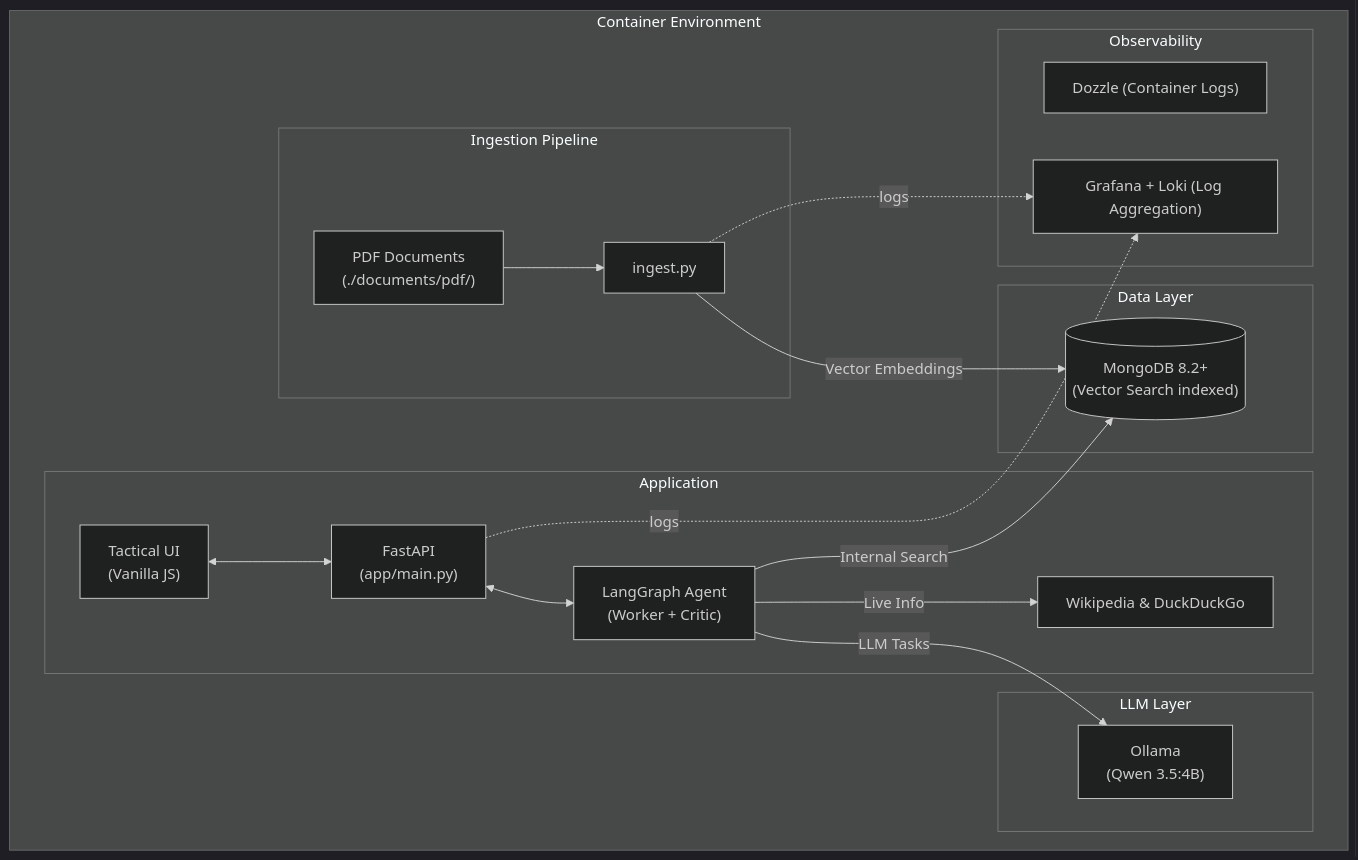
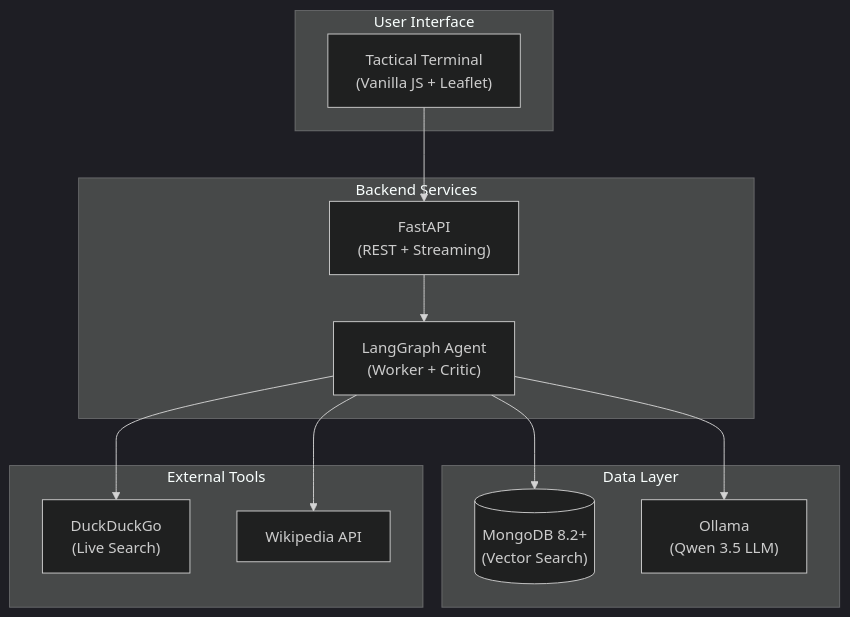
One commit to fbaierl/geo-vision-lab changed the diagram in README.md. Above: the diagram before and after it, drawn with Mermaid. The commit also changed other lines of this file and 2 other files, not shown here.

````diff
--- a/README.md
+++ b/README.md
@@ -44,34 +38,29 @@
 ```mermaid
 %%{init: {'theme': 'dark'}}%%
-graph TD
-    subgraph Docker ["Container Environment"]
-        subgraph Data ["Data Layer"]
-            MDB[("MongoDB 8.2+\n(Vector Search indexed)")]
-        end
-
-        subgraph LLM ["LLM Layer"]
-            OL["Ollama\n(Qwen 3.5:4B)"]
-        end
-
-        subgraph Ingestion ["Ingestion Pipeline"]
-            PDF["PDF Documents\n(./documents/pdf/)"] --> ING["ingest.py"]
-            ING -->|"Vector Embeddings"| MDB
-        end
-
-        subgraph App ["Application"]
-            UI["Tactical UI\n(Vanilla JS)"] <--> API["FastAPI\n(app/main.py)"]
-            API <--> AGENT["LangGraph Agent\n(Worker + Critic)"]
-            AGENT -->|"Internal Search"| MDB
-            AGENT -->|"LLM Tasks"| OL
-            AGENT -->|"Live Info"| WEB["Wikipedia & DuckDuckGo"]
-        end
-
-        subgraph Ops ["Observability"]
-            DZ["Dozzle (Container Logs)"]
-            GF["Grafana + Loki (Log Aggregation)"]
-        end
+graph TB
+    subgraph User["User Interface"]
+        UI["Tactical Terminal<br/>(Vanilla JS + Leaflet)"]
     end
 
-    API -.->|"logs"| GF
-    ING -.->|"logs"| GF
+    subgraph Backend["Backend Services"]
+        API["FastAPI<br/>(REST + Streaming)"]
+        AGENT["LangGraph Agent<br/>(Worker + Critic)"]
+    end
+
+    subgraph Data["Data Layer"]
+        MDB[("MongoDB 8.2+<br/>(Vector Search)")]
+        OL["Ollama<br/>(Qwen 3.5 LLM)"]
+    end
+
+    subgraph Tools["External Tools"]
+        WEB["DuckDuckGo<br/>(Live Search)"]
+        WIKI["Wikipedia API"]
+    end
+
+    UI --> API
+    API --> AGENT
+    AGENT --> MDB
+    AGENT --> OL
+    AGENT --> WEB
+    AGENT --> WIKI
 ```
````
